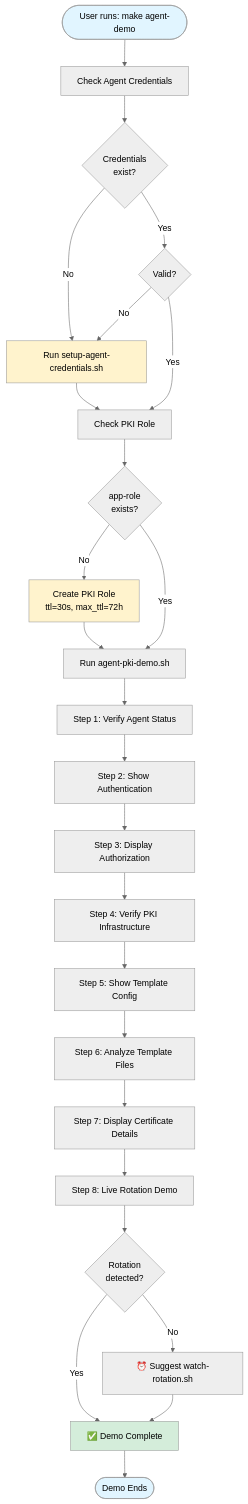
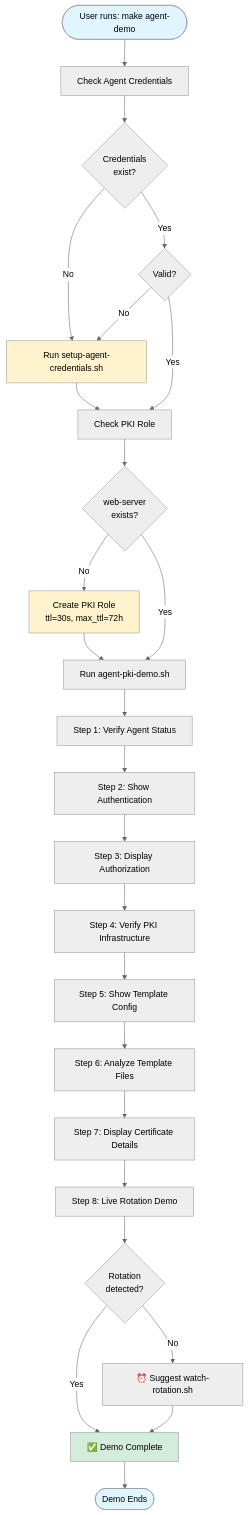
Before and after one commit to songlining/pki: the first of 12 diagrams in agent-demo-diagrams.md, drawn with Mermaid (neutral theme). The commit also changed other lines of this file and 20 other files, not shown here.

First line of the commit message:
Add deck-api presenterm deck; rename PKI role app-role to web-server

````diff
--- a/agent-demo-diagrams.md
+++ b/agent-demo-diagrams.md
@@ -10,41 +10,41 @@
 ```mermaid
 flowchart TD
     Start([User runs: make agent-demo]) --> CheckCred[Check Agent Credentials]
     CheckCred --> CredExist{Credentials<br/>exist?}
     
     CredExist -->|No| SetupCred[Run setup-agent-credentials.sh]
     CredExist -->|Yes| ValidCred{Valid?}
     
     ValidCred -->|No| SetupCred
     ValidCred -->|Yes| CheckPKI[Check PKI Role]
     
     SetupCred --> CheckPKI
     
-    CheckPKI --> RoleExist{app-role<br/>exists?}
+    CheckPKI --> RoleExist{web-server<br/>exists?}
     RoleExist -->|No| CreateRole[Create PKI Role<br/>ttl=30s, max_ttl=72h]
     RoleExist -->|Yes| Demo[Run agent-pki-demo.sh]
     
     CreateRole --> Demo
     
     Demo --> Step1[Step 1: Verify Agent Status]
     Step1 --> Step2[Step 2: Show Authentication]
     Step2 --> Step3[Step 3: Display Authorization]
     Step3 --> Step4[Step 4: Verify PKI Infrastructure]
     Step4 --> Step5[Step 5: Show Template Config]
     Step5 --> Step6[Step 6: Analyze Template Files]
     Step6 --> Step7[Step 7: Display Certificate Details]
     Step7 --> Step8[Step 8: Live Rotation Demo]
     
     Step8 --> Monitor{Rotation<br/>detected?}
     Monitor -->|Yes| Success[✅ Demo Complete]
     Monitor -->|No| Timeout[⏰ Suggest watch-rotation.sh]
     
     Timeout --> Success
     Success --> End([Demo Ends])
     
     style Start fill:#e1f5ff
     style End fill:#e1f5ff
     style Success fill:#d4edda
     style SetupCred fill:#fff3cd
     style CreateRole fill:#fff3cd
 ```
````
